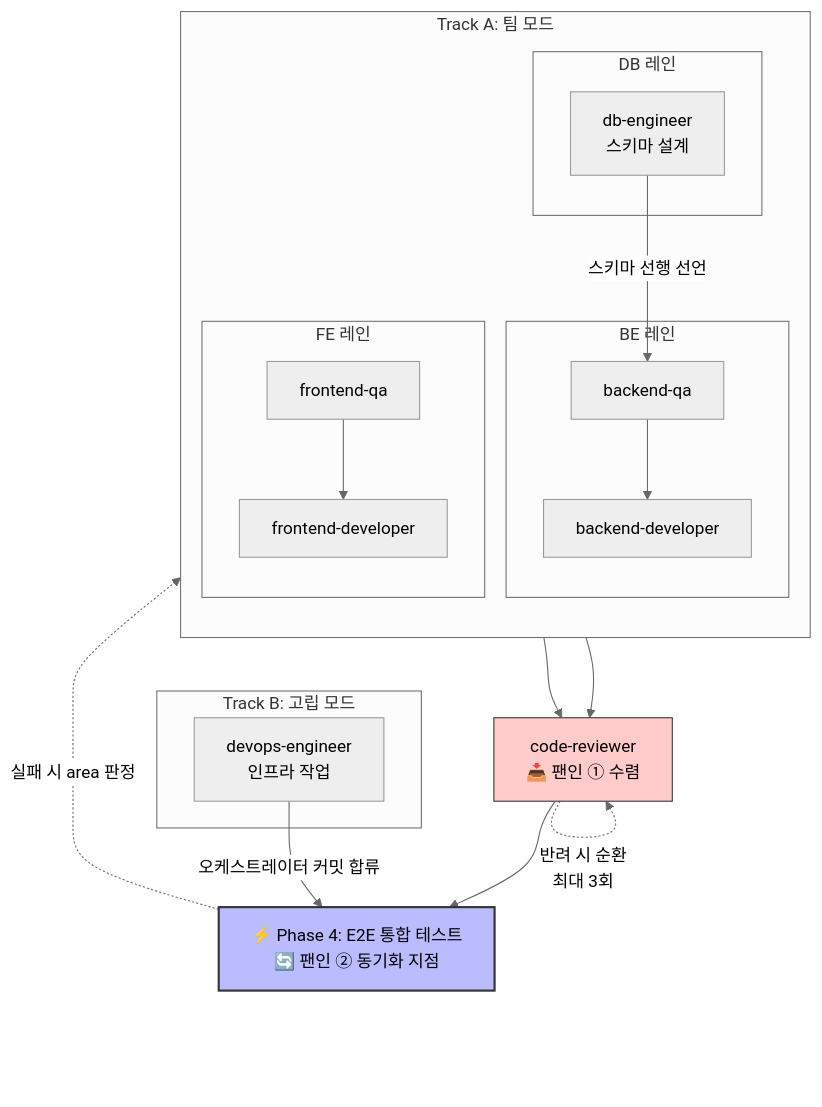
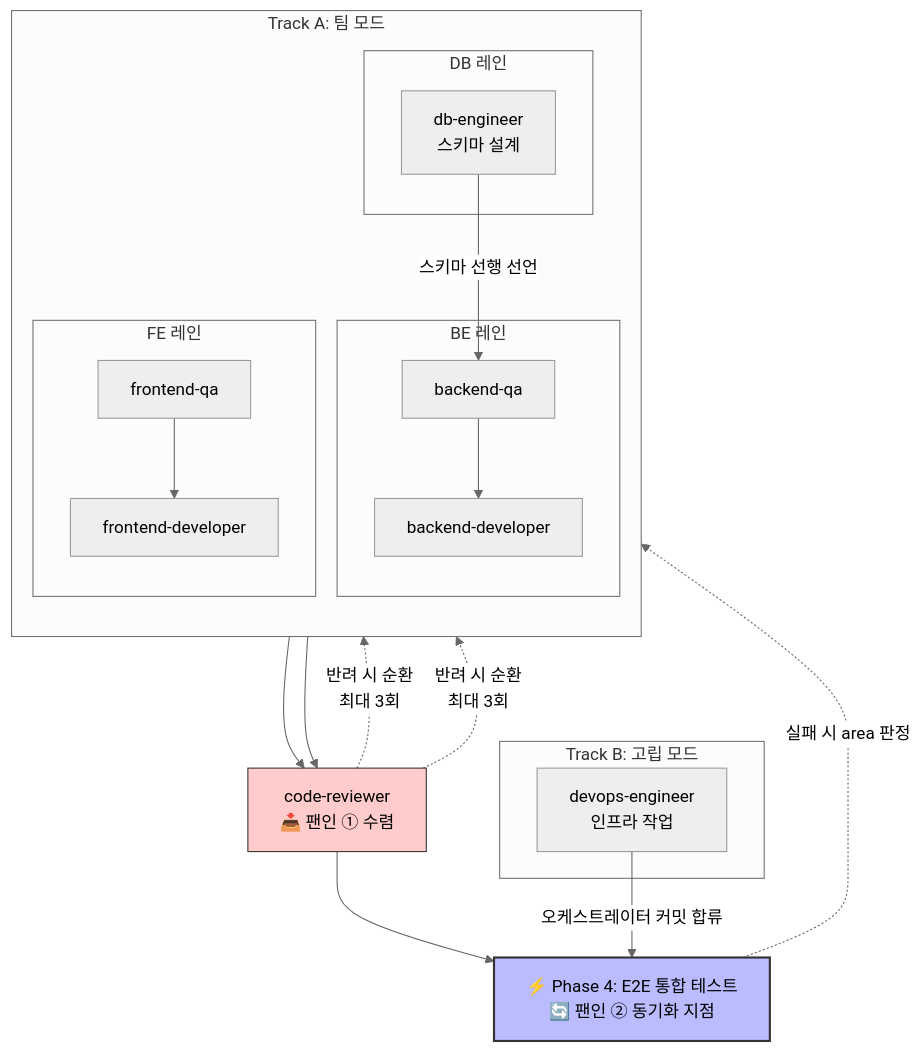
One commit to nyj001012/web-sdlc-harness changed the second of 2 diagrams in README.md. Above: the diagram before and after it, drawn with Mermaid.

Commit message:
docs(readme): 반려 루프를 code-reviewer 자기 자신이 아니라 개발자 노드로 되돌린다
셀프 루프는 렌더링은 깔끔했지만 의미가 틀렸다 — 반려된 코드는
code-reviewer 자신이 아니라 그 코드를 작성한 개발자(frontend-developer/
backend-developer)에게 돌아간다. fe_dev/be_dev는 이미 CR로 들어오는
간선의 출발점이므로, 그 두 노드로 직접 되돌리면 인접한 랭크 사이의
짧은 왕복이 되어 Track A 전체를 가로지르던 예전 방식보다 겹칠 여지도
줄어든다.

````diff
--- a/README.md
+++ b/README.md
@@ -200,37 +200,38 @@
 ```mermaid
 %%{init: {'theme': 'neutral', 'flowchart': {'rankSpacing': 70, 'nodeSpacing': 40}, 'config': {'useMaxWidth': true}}}%%
 graph TD
     subgraph Track_A [Track A: 팀 모드]
         direction TB
         subgraph DB [DB 레인]
             db[db-engineer <br> 스키마 설계]
         end
         subgraph BE [BE 레인]
             be_qa[backend-qa] --> be_dev[backend-developer]
         end
         subgraph FE [FE 레인]
             fe_qa[frontend-qa] --> fe_dev[frontend-developer]
         end
         
         db -->|스키마 선행 선언| be_qa
     end
 
     subgraph Track_B [Track B: 고립 모드]
         devops[devops-engineer <br> 인프라 작업]
     end
 
     %% 수렴 및 리뷰 루프
     fe_dev --> CR[code-reviewer <br> 📥 팬인 ① 수렴]
     be_dev --> CR
-    CR -.->|반려 시 순환<br>최대 3회| CR
+    CR -.->|반려 시 순환<br>최대 3회| fe_dev
+    CR -.->|반려 시 순환<br>최대 3회| be_dev
 
     %% 최종 합류 (Phase 4)
     CR --> P4[⚡ Phase 4: E2E 통합 테스트 <br> 🔄 팬인 ② 동기화 지점]
     devops -->|오케스트레이터 커밋 합류| P4
 
     %% 실패 시 복구
     P4 -.->|실패 시 area 판정| Track_A
 
     style CR fill:#ffcccb,stroke:#333
     style P4 fill:#bbf,stroke:#333,stroke-width:2px
 ```
````
